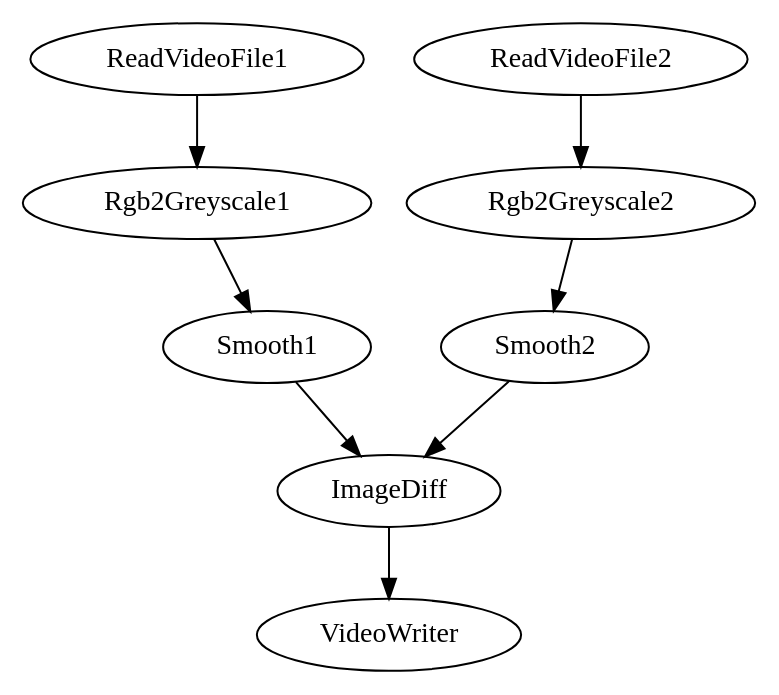
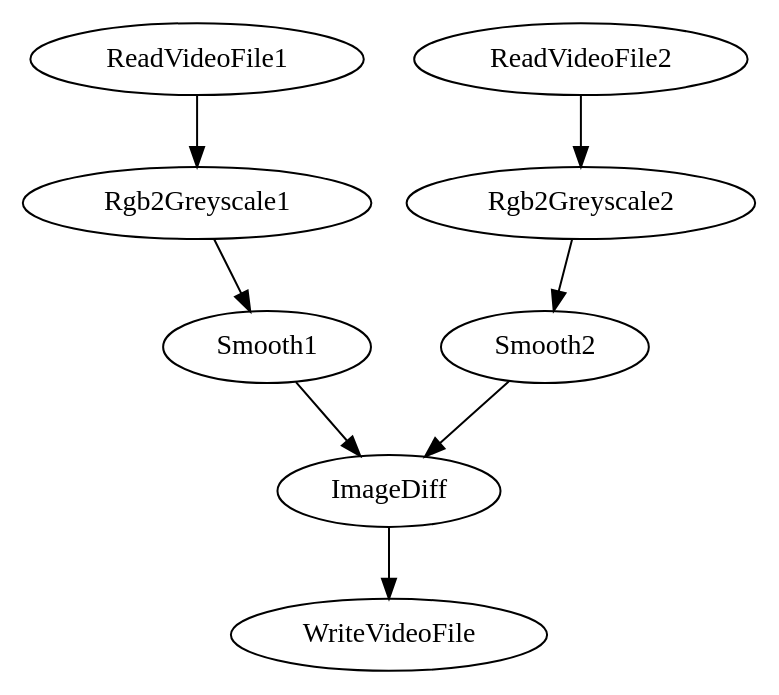
One commit to eliacarrara/videopipeline changed the second of 2 diagrams in docs/examples.rst. Above: the diagram before and after it, drawn with Graphviz. The commit also changed other lines of this file and 8 other files, not shown here.

```diff
--- a/docs/examples.rst
+++ b/docs/examples.rst
@@ -50,14 +50,14 @@
 .. graphviz::
 
     digraph Tree {
         "ReadVideoFile1" -> "Rgb2Greyscale1"
         "Rgb2Greyscale1" -> "Smooth1"
 
         "ReadVideoFile2" -> "Rgb2Greyscale2"
         "Rgb2Greyscale2" -> "Smooth2"
 
         "Smooth1" -> "ImageDiff"
         "Smooth2" -> "ImageDiff"
 
-        "ImageDiff" -> "VideoWriter"
+        "ImageDiff" -> "WriteVideoFile"
     }
```
